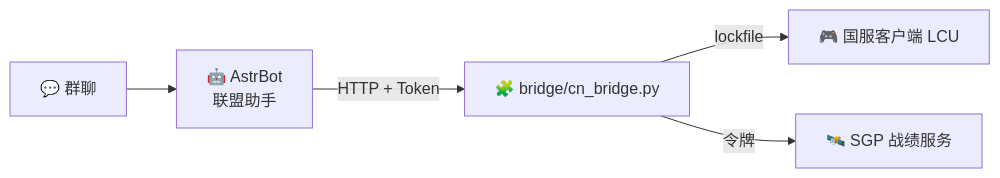
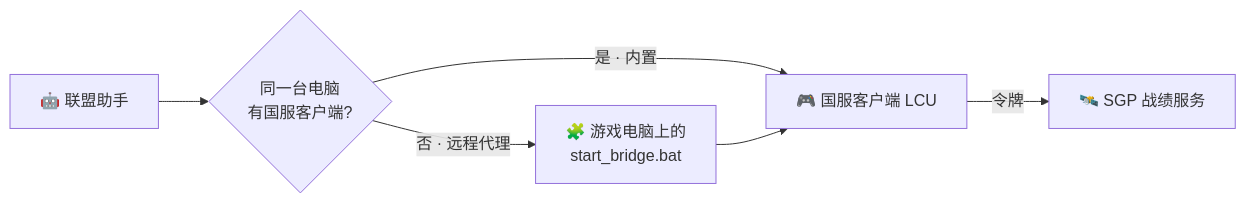
The third of 3 diagrams in README.md (horizoe10/astrbot_plugin_lolhelper), drawn with Mermaid before and after one commit. The commit also changed other lines of this file and 15 other files, not shown here.

````diff
--- a/README.md
+++ b/README.md
@@ -118,7 +118,8 @@
 ```mermaid
 flowchart LR
-  U[💬 群聊] --> B[🤖 AstrBot<br/>联盟助手]
-  B -- HTTP + Token --> P[🧩 bridge/cn_bridge.py]
-  P -- lockfile --> L[🎮 国服客户端 LCU]
-  P -- 令牌 --> S[🛰️ SGP 战绩服务]
+  B[🤖 联盟助手] --> Q{同一台电脑<br/>有国服客户端?}
+  Q -->|是 · 内置| L[🎮 国服客户端 LCU]
+  Q -->|否 · 远程代理| P[🧩 游戏电脑上的<br/>start_bridge.bat]
+  P --> L
+  L -- 令牌 --> S[🛰️ SGP 战绩服务]
 ```
````
